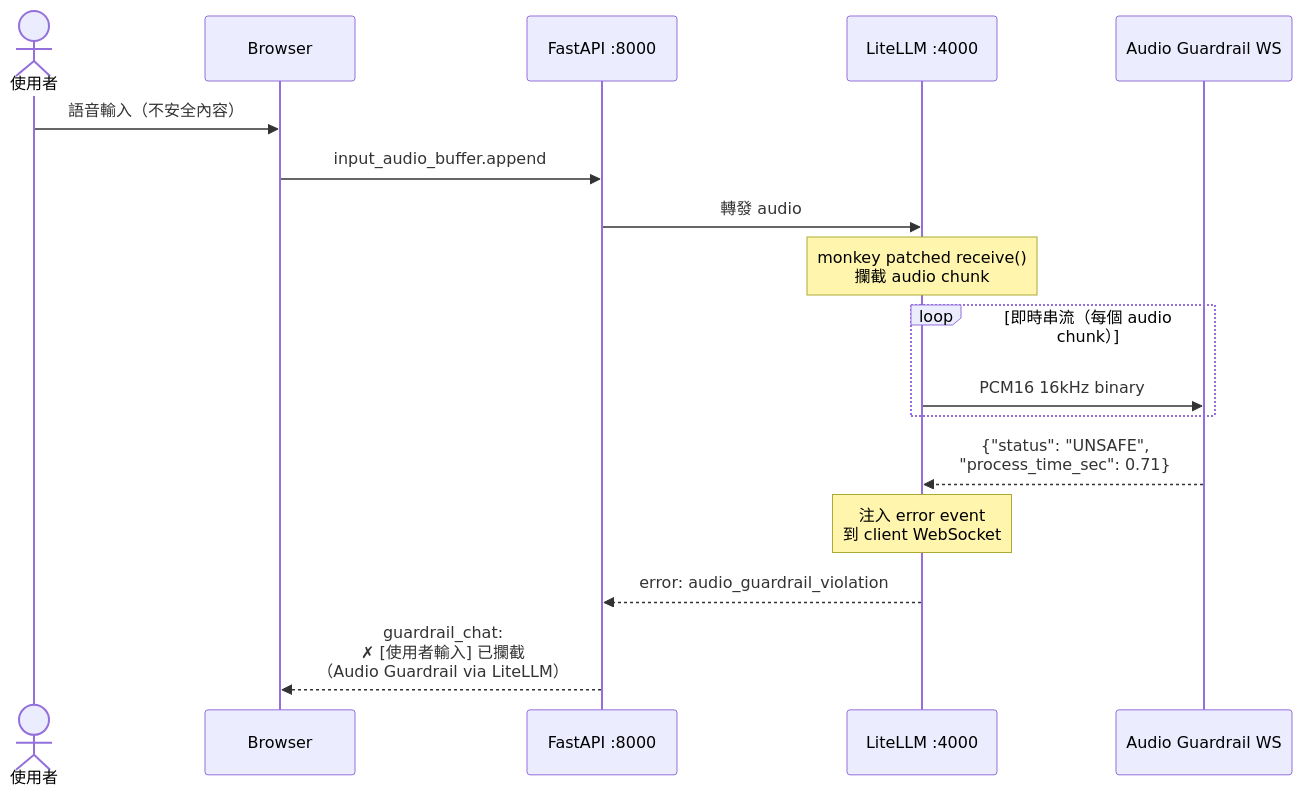
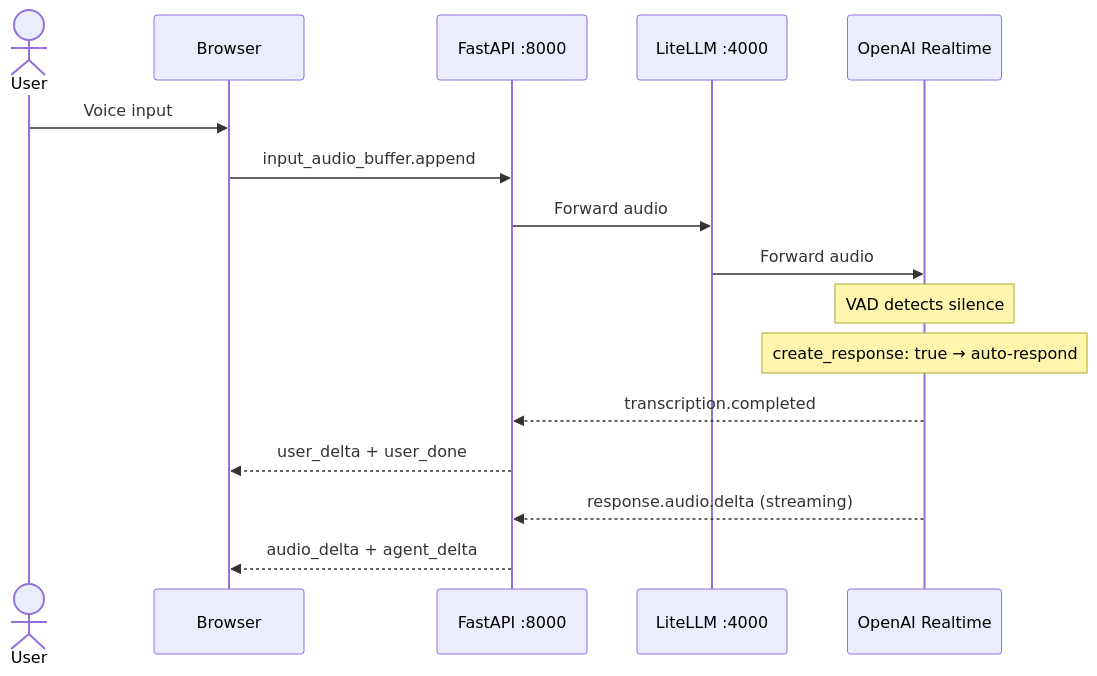
The fourth of 5 diagrams in ARCHITECTURE.md (vic4code/speech-form-filling-demo), drawn with Mermaid before and after one commit. The commit also changed other lines of this file and 12 other files, not shown here.

First line of the commit message:
Refactor guardrail: move Gemma audio streaming to FastAPI, add local keyword patterns

````diff
--- a/ARCHITECTURE.md
+++ b/ARCHITECTURE.md
@@ -150,25 +142,22 @@
 ```mermaid
 sequenceDiagram
-    actor User as 使用者
-    participant Browser as Browser
+    actor User
+    participant Browser
     participant FastAPI as FastAPI :8000
     participant LiteLLM as LiteLLM :4000
-    participant AudioGR as Audio Guardrail WS
+    participant OpenAI as OpenAI Realtime
 
-    User->>Browser: 語音輸入（不安全內容）
-    Browser->>FastAPI: input_audio_buffer.append
-    FastAPI->>LiteLLM: 轉發 audio
+    User ->> Browser: Voice input
+    Browser ->> FastAPI: input_audio_buffer.append
+    FastAPI ->> LiteLLM: Forward audio
+    LiteLLM ->> OpenAI: Forward audio
 
-    Note over LiteLLM: monkey patched receive()<br/>攔截 audio chunk
+    note over OpenAI: VAD detects silence
+    note over OpenAI: create_response: true → auto-respond
 
-    loop 即時串流（每個 audio chunk）
-        LiteLLM->>AudioGR: PCM16 16kHz binary
-    end
+    OpenAI -->> FastAPI: transcription.completed
+    FastAPI -->> Browser: user_delta + user_done
 
-    AudioGR-->>LiteLLM: {"status": "UNSAFE",<br/>"process_time_sec": 0.71}
-
-    Note over LiteLLM: 注入 error event<br/>到 client WebSocket
-
-    LiteLLM-->>FastAPI: error: audio_guardrail_violation
-    FastAPI-->>Browser: guardrail_chat:<br/>✗ [使用者輸入] 已攔截<br/>（Audio Guardrail via LiteLLM）
+    OpenAI -->> FastAPI: response.audio.delta (streaming)
+    FastAPI -->> Browser: audio_delta + agent_delta
 ```
````
